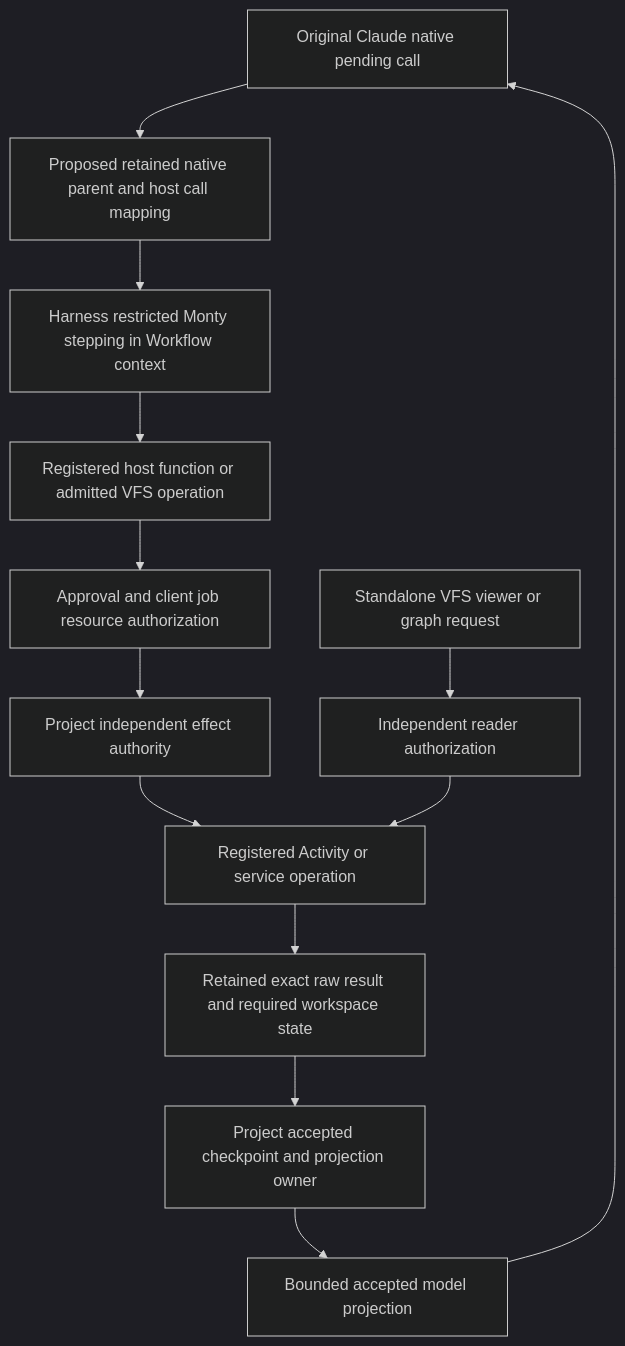
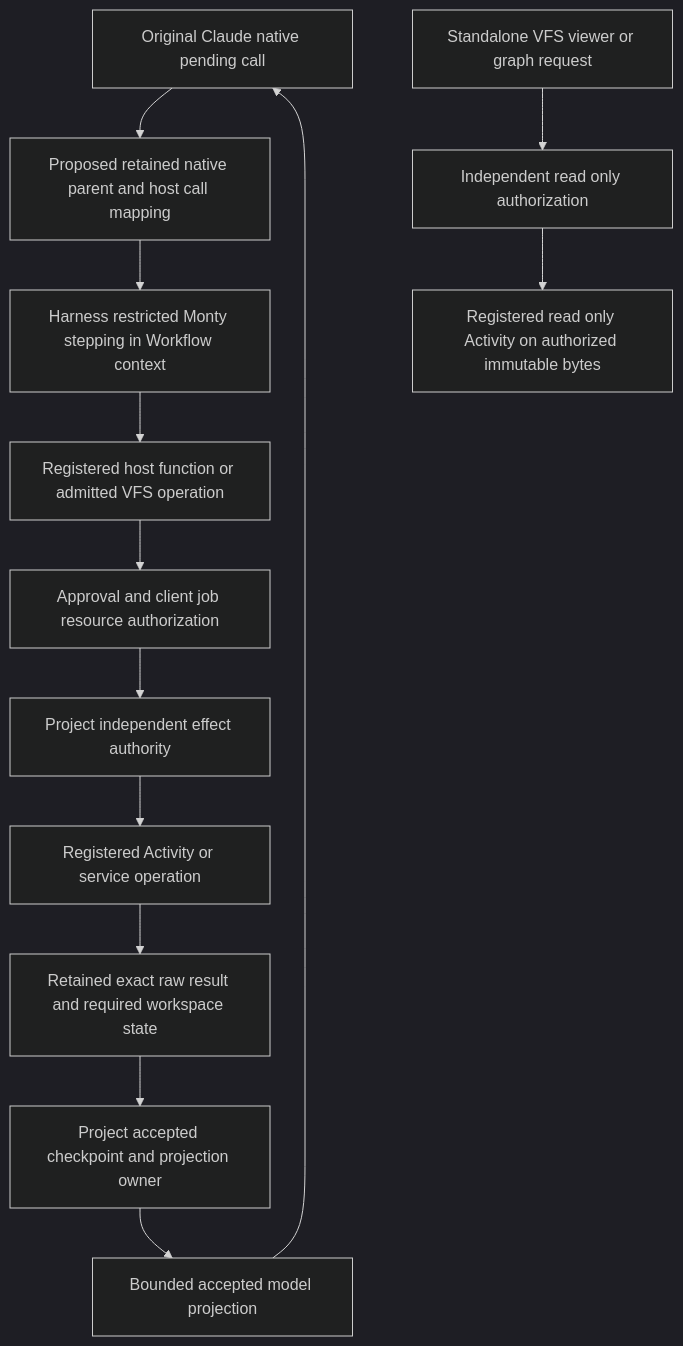
Before and after one commit to mortdiggiddy/ai-integrations: the sixth of 10 diagrams in python/claude_agent_sdk/docs/skill-recovery/proposals/distributed-recovery/2026-10-08/architecture-review.md, drawn with Mermaid (dark theme). The commit also changed other lines of this file and 49 other files, not shown here.

Commit message:
Replace historical recovery diagrams with assessment durability views.

````diff
--- a/python/claude_agent_sdk/docs/skill-recovery/proposals/distributed-recovery/2026-10-08/architecture-review.md
+++ b/python/claude_agent_sdk/docs/skill-recovery/proposals/distributed-recovery/2026-10-08/architecture-review.md
@@ -185,15 +189,15 @@
 ```mermaid
 flowchart TB
     Native[Original Claude native pending call] --> Map[Proposed retained native parent and host call mapping]
     Map --> Step[Harness restricted Monty stepping in Workflow context]
     Step --> Host[Registered host function or admitted VFS operation]
     Host --> Policy[Approval and client job resource authorization]
     Policy --> Entity[Project independent effect authority]
     Entity --> Act[Registered Activity or service operation]
     Act --> Raw[Retained exact raw result and required workspace state]
     Raw --> Pair[Project accepted checkpoint and projection owner]
     Pair --> Projected[Bounded accepted model projection]
     Projected --> Native
-    Viewer[Standalone VFS viewer or graph request] --> Reader[Independent reader authorization]
-    Reader --> Act
+    Viewer[Standalone VFS viewer or graph request] --> Reader[Independent read only authorization]
+    Reader --> ReadAct[Registered read only Activity on authorized immutable bytes]
 ```
````
